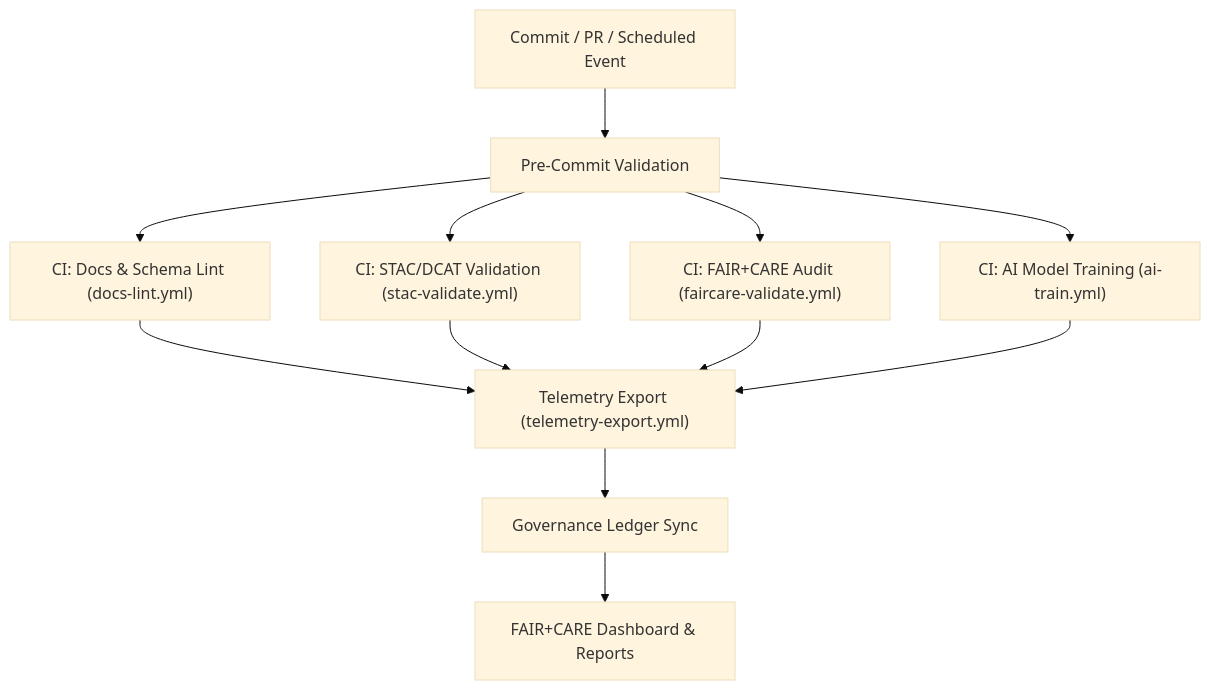
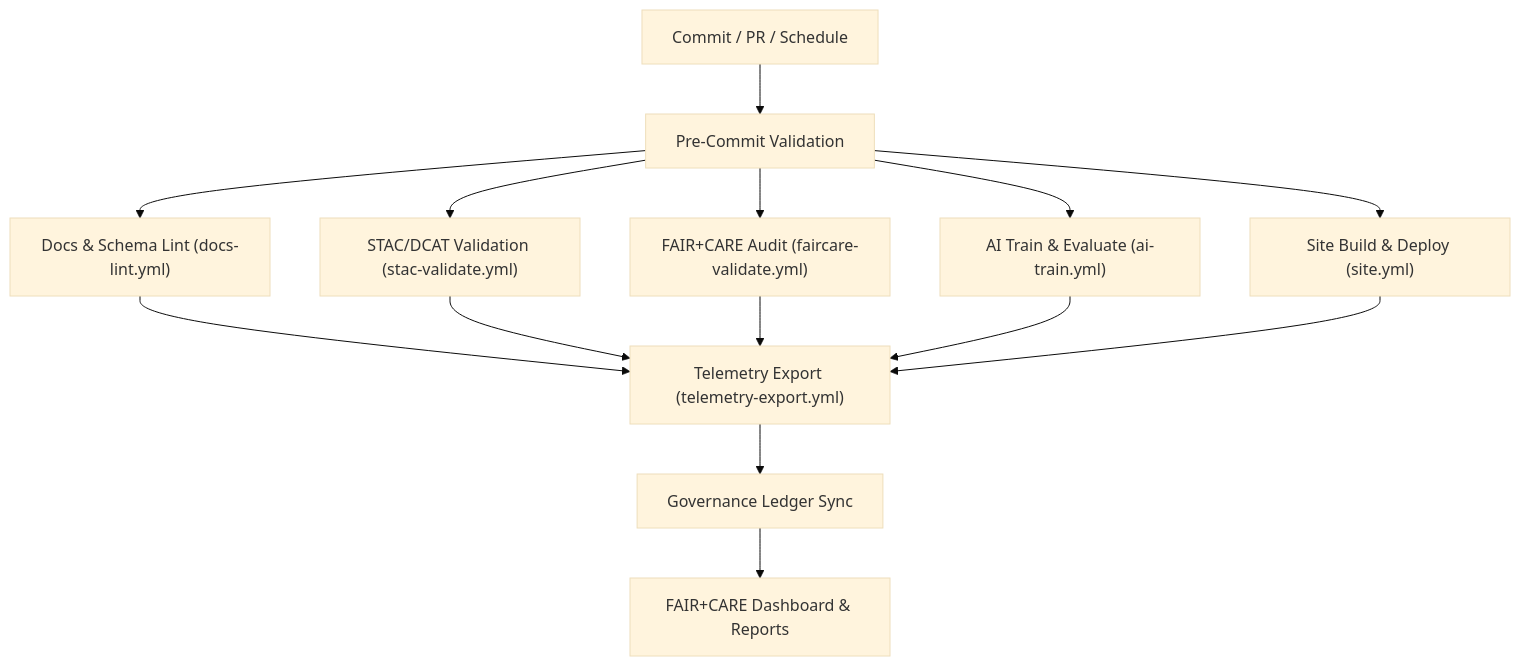
The diagram in docs/architecture/github-architecture.md (bartytime4life/Kansas-Frontier-Matrix), drawn with Mermaid (base theme) before and after one commit. The commit also changed other lines of this file, not shown here.

First line of the commit message:
Update GitHub architecture documentation to v10.2.3

````diff
--- a/docs/architecture/github-architecture.md
+++ b/docs/architecture/github-architecture.md
@@ -74,14 +75,16 @@
 ```mermaid
 flowchart TD
-  A["Commit / PR / Scheduled Event"] --> B["Pre-Commit Validation"]
-  B --> C["CI: Docs & Schema Lint (docs-lint.yml)"]
-  B --> D["CI: STAC/DCAT Validation (stac-validate.yml)"]
-  B --> E["CI: FAIR+CARE Audit (faircare-validate.yml)"]
-  B --> F["CI: AI Model Training (ai-train.yml)"]
-  C --> G["Telemetry Export (telemetry-export.yml)"]
-  D --> G
-  E --> G
-  F --> G
-  G --> H["Governance Ledger Sync"]
-  H --> I["FAIR+CARE Dashboard & Reports"]
+  A["Commit / PR / Schedule"] --> B["Pre-Commit Validation"]
+  B --> C["Docs & Schema Lint (docs-lint.yml)"]
+  B --> D["STAC/DCAT Validation (stac-validate.yml)"]
+  B --> E["FAIR+CARE Audit (faircare-validate.yml)"]
+  B --> F["AI Train & Evaluate (ai-train.yml)"]
+  B --> G["Site Build & Deploy (site.yml)"]
+  C --> H["Telemetry Export (telemetry-export.yml)"]
+  D --> H
+  E --> H
+  F --> H
+  G --> H
+  H --> I["Governance Ledger Sync"]
+  I --> J["FAIR+CARE Dashboard & Reports"]
 ```
````
